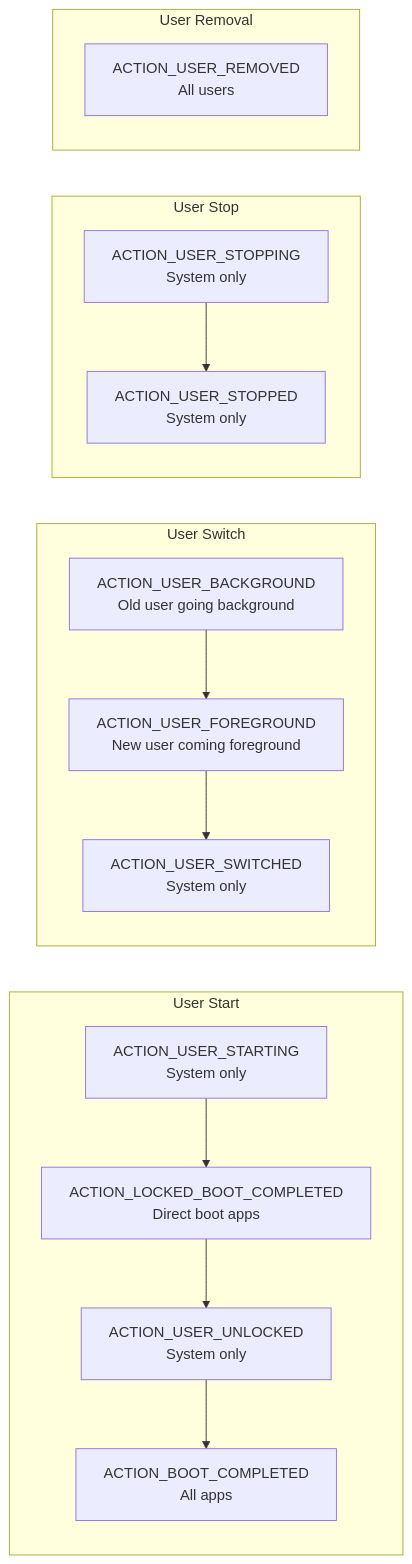
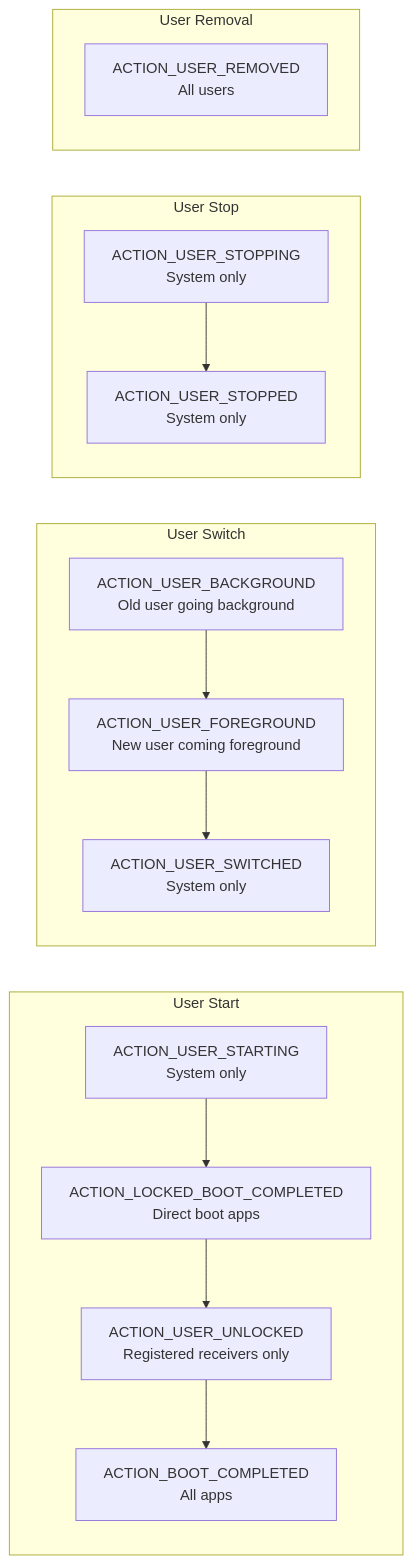
Diagram 15 of 28 in 31-multi-user.md (aospbooks/aosp-internal-book), drawn with Mermaid before and after one commit. The commit also changed other lines of this file and 218 other files, not shown here.

````diff
--- a/31-multi-user.md
+++ b/31-multi-user.md
@@ -1688,28 +1709,28 @@
 ```mermaid
 graph LR
     subgraph "User Start"
         A1["ACTION_USER_STARTING<br/>System only"]
         A2["ACTION_LOCKED_BOOT_COMPLETED<br/>Direct boot apps"]
-        A3["ACTION_USER_UNLOCKED<br/>System only"]
+        A3["ACTION_USER_UNLOCKED<br/>Registered receivers only"]
         A4["ACTION_BOOT_COMPLETED<br/>All apps"]
     end
 
     subgraph "User Switch"
         B1["ACTION_USER_BACKGROUND<br/>Old user going background"]
         B2["ACTION_USER_FOREGROUND<br/>New user coming foreground"]
         B3["ACTION_USER_SWITCHED<br/>System only"]
     end
 
     subgraph "User Stop"
         C1["ACTION_USER_STOPPING<br/>System only"]
         C2["ACTION_USER_STOPPED<br/>System only"]
     end
 
     subgraph "User Removal"
         D1["ACTION_USER_REMOVED<br/>All users"]
     end
 
     A1 --> A2 --> A3 --> A4
     B1 --> B2 --> B3
     C1 --> C2
 ```
````
